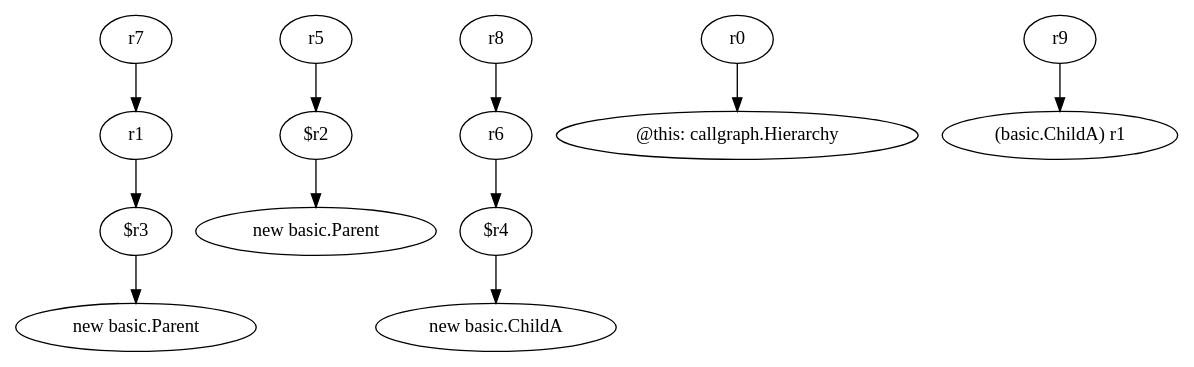
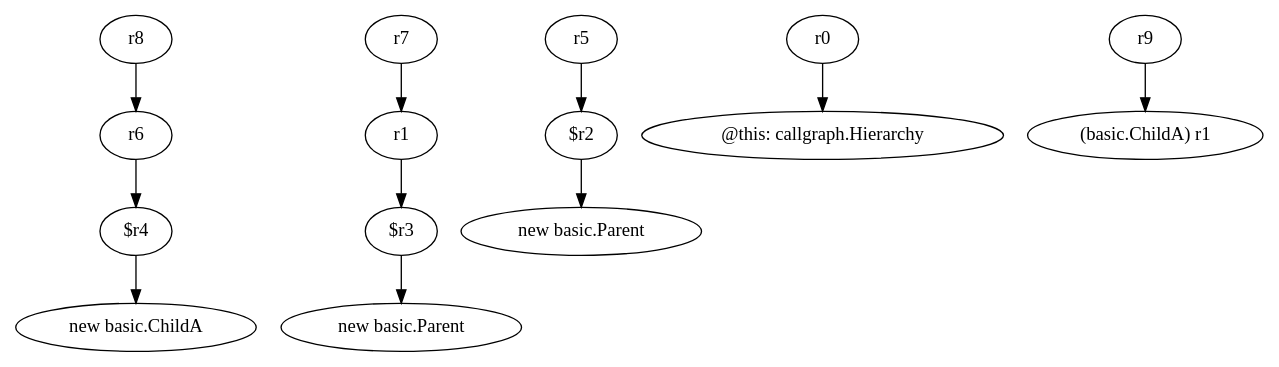
The diagram in relation/<callgraph.Hierarchy: void assign()>.dot (SeanCoek/zString), drawn with Graphviz before and after one commit. The commit also changed 86 other files, not shown here.

```diff
--- a/relation/<callgraph.Hierarchy: void assign()>.dot
+++ b/relation/<callgraph.Hierarchy: void assign()>.dot
@@ -1,27 +1,27 @@
 digraph g {
-0[label="r7"]
-1[label="r1"]
+0[label="r6"]
+1[label="$r4"]
 0->1[label=""]
-2[label="r5"]
-3[label="$r2"]
+2[label="r1"]
+3[label="$r3"]
 2->3[label=""]
-4[label="r8"]
-5[label="r6"]
+4[label="$r2"]
+5[label="new basic.Parent"]
 4->5[label=""]
-6[label="new basic.Parent"]
-3->6[label=""]
-7[label="$r4"]
-8[label="new basic.ChildA"]
-7->8[label=""]
-9[label="r0"]
-10[label="@this: callgraph.Hierarchy"]
-9->10[label=""]
-5->7[label=""]
-11[label="r9"]
-12[label="(basic.ChildA) r1"]
-11->12[label=""]
-13[label="$r3"]
-1->13[label=""]
-14[label="new basic.Parent"]
-13->14[label=""]
+6[label="r0"]
+7[label="@this: callgraph.Hierarchy"]
+6->7[label=""]
+8[label="r5"]
+8->4[label=""]
+9[label="r7"]
+9->2[label=""]
+10[label="r9"]
+11[label="(basic.ChildA) r1"]
+10->11[label=""]
+12[label="r8"]
+12->0[label=""]
+13[label="new basic.Parent"]
+3->13[label=""]
+14[label="new basic.ChildA"]
+1->14[label=""]
 }
```
